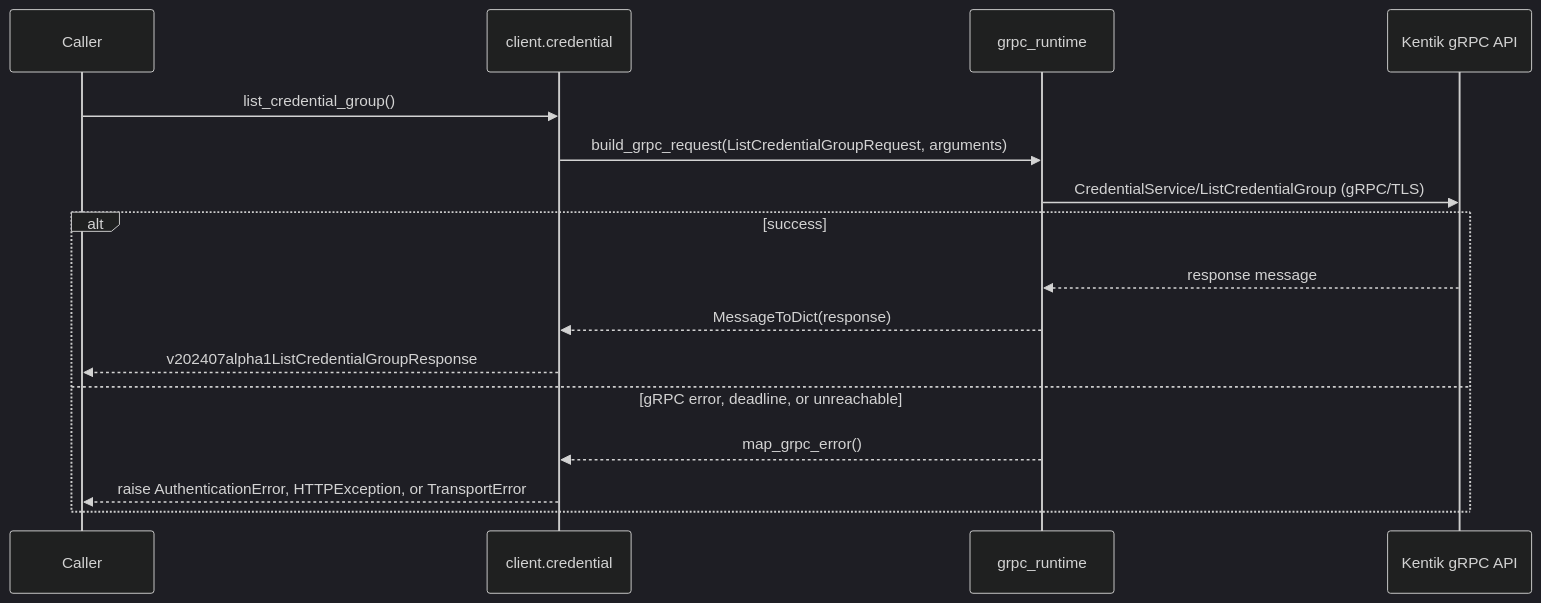
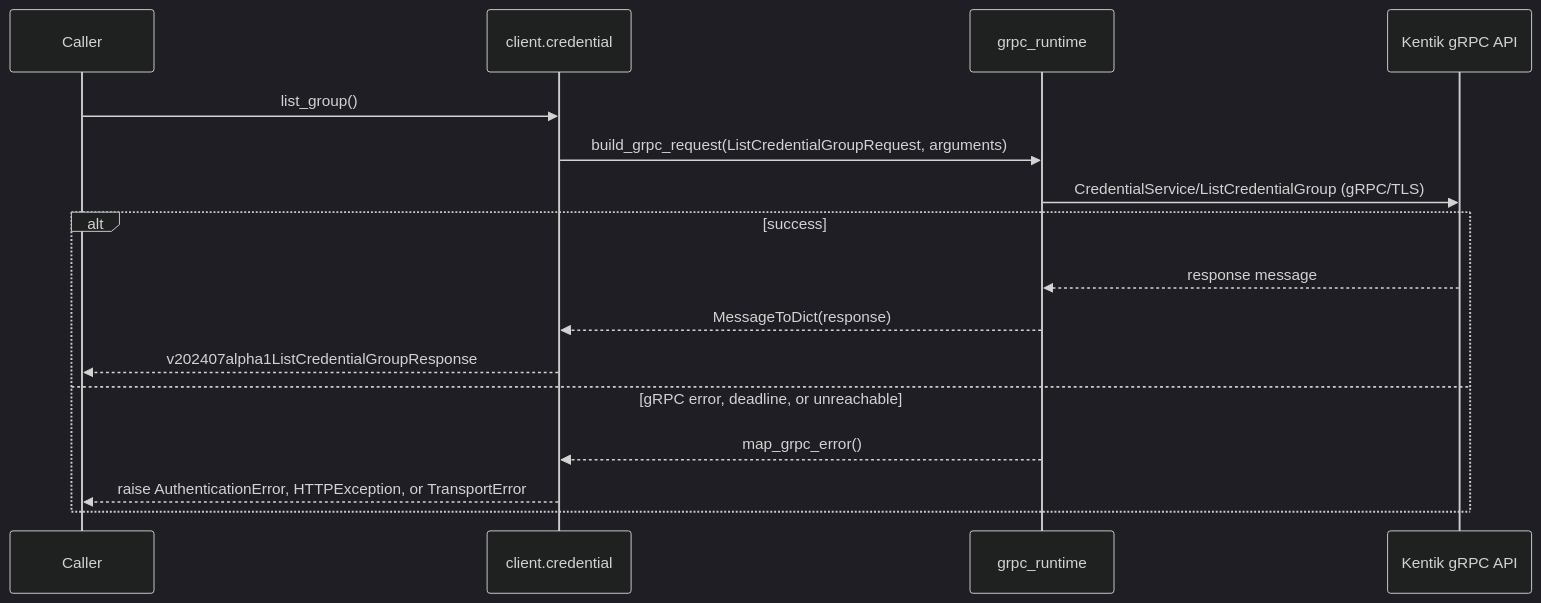
The third of 6 diagrams in docs/sphinx/services/credential.md (alexdearaujo/community_sdk_python), drawn with Mermaid (dark theme) before and after one commit. The commit also changed other lines of this file and 28 other files, not shown here.

````diff
--- a/docs/sphinx/services/credential.md
+++ b/docs/sphinx/services/credential.md
@@ -59,19 +59,19 @@
 ```mermaid
 sequenceDiagram
     participant C as Caller
     participant W as client.credential
     participant R as grpc_runtime
     participant API as Kentik gRPC API
 
-    C->>W: list_credential_group()
+    C->>W: list_group()
     W->>R: build_grpc_request(ListCredentialGroupRequest, arguments)
     R->>API: CredentialService/ListCredentialGroup (gRPC/TLS)
     alt success
         API-->>R: response message
         R-->>W: MessageToDict(response)
         W-->>C: v202407alpha1ListCredentialGroupResponse
     else gRPC error, deadline, or unreachable
         R-->>W: map_grpc_error()
         W-->>C: raise AuthenticationError, HTTPException, or TransportError
     end
 ```
````
